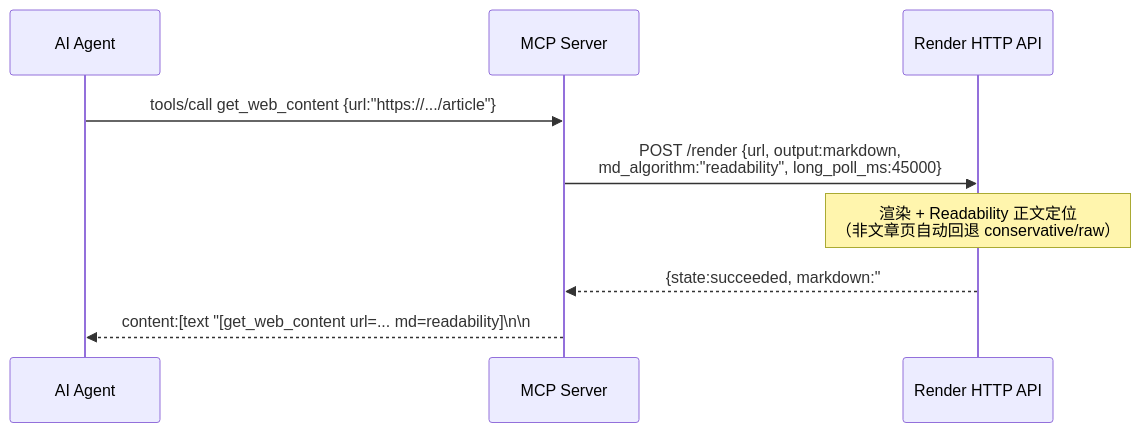
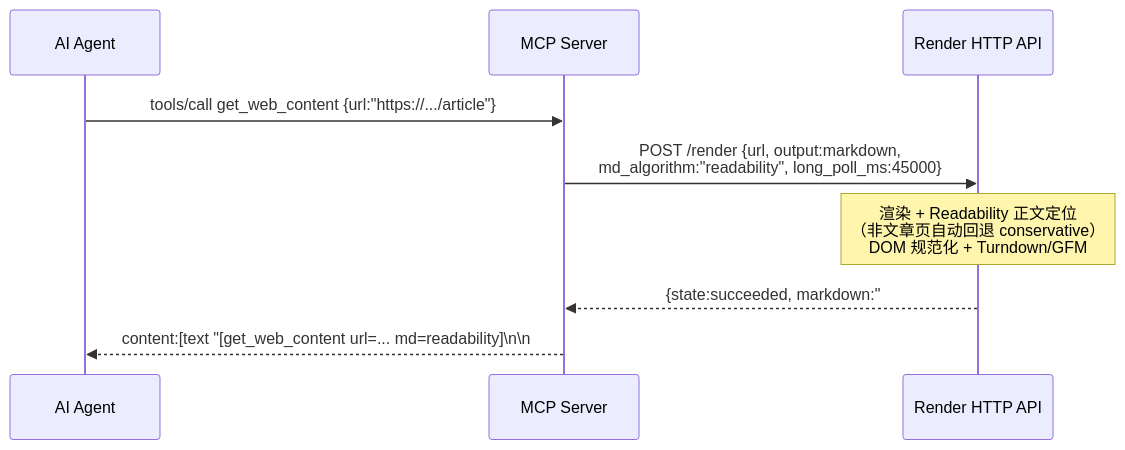
Before and after one commit to zhegexiaohuozi/seimi-render: the sixth of 8 diagrams in README.md, drawn with Mermaid. The commit also changed other lines of this file and 27 other files, not shown here.

````diff
--- a/README.md
+++ b/README.md
@@ -850,12 +887,12 @@
 ```mermaid
 sequenceDiagram
     participant A as AI Agent
     participant M as MCP Server
     participant H as Render HTTP API
 
     A->>M: tools/call get_web_content {url:"https://.../article"}
     M->>H: POST /render {url, output:markdown,<br/>md_algorithm:"readability", long_poll_ms:45000}
-    Note over H: 渲染 + Readability 正文定位<br/>（非文章页自动回退 conservative/raw）
+    Note over H: 渲染 + Readability 正文定位<br/>（非文章页自动回退 conservative）<br/>DOM 规范化 + Turndown/GFM
     H-->>M: {state:succeeded, markdown:"# 标题\n\n正文...",<br/>md_algorithm_used:"readability"}
     M-->>A: content:[text "[get_web_content url=... md=readability]\n\n# 标题\n\n正文..."]
 ```
````
